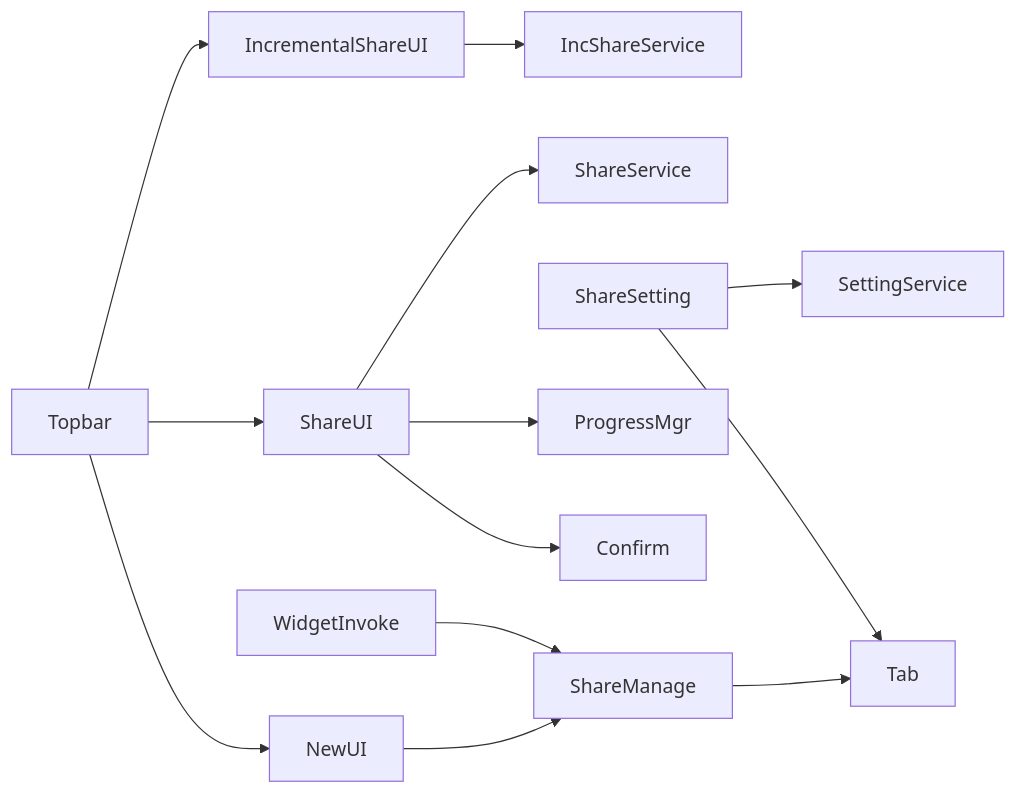
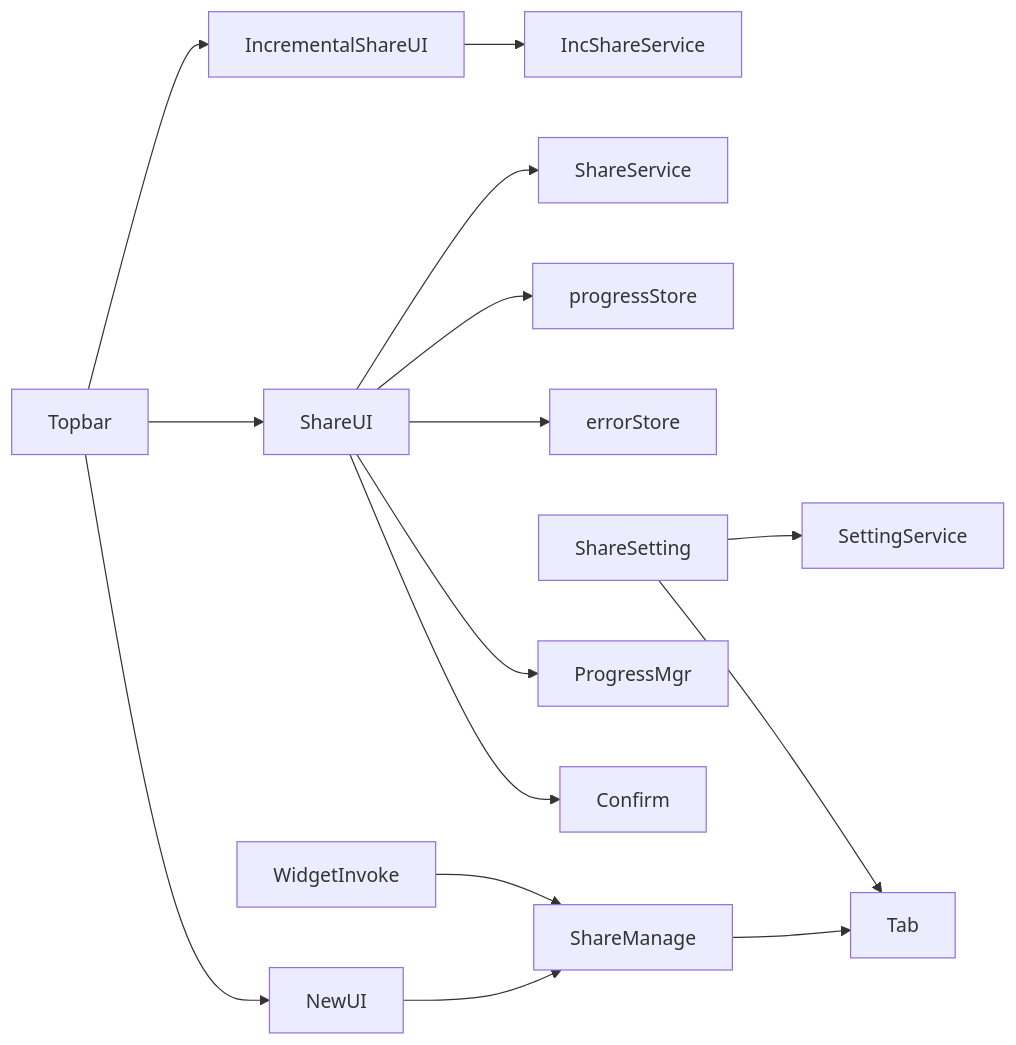
The ninth of 9 diagrams in .qoder/repowiki/zh/content/架构设计/UI组件架构/UI组件架构.md (terwerinc/siyuan-plugin-share-pro), drawn with Mermaid before and after one commit. The commit also changed other lines of this file and 8 other files, not shown here.

Commit message:
docs(Progress Mgmt): add error banner, modal, and state persistence

````diff
--- a/.qoder/repowiki/zh/content/架构设计/UI组件架构/UI组件架构.md
+++ b/.qoder/repowiki/zh/content/架构设计/UI组件架构/UI组件架构.md
@@ -370,15 +427,17 @@
 ```mermaid
 graph LR
 ShareUI --> Confirm
 ShareUI --> ProgressMgr
+ShareUI --> errorStore
+ShareUI --> progressStore
 ShareSetting --> Tab
 ShareManage --> Tab
 ShareUI --> ShareService
 IncrementalShareUI --> IncShareService
 ShareSetting --> SettingService
 WidgetInvoke --> ShareManage
 Topbar --> NewUI
 Topbar --> ShareUI
 Topbar --> IncrementalShareUI
 NewUI --> ShareManage
 ```
````
